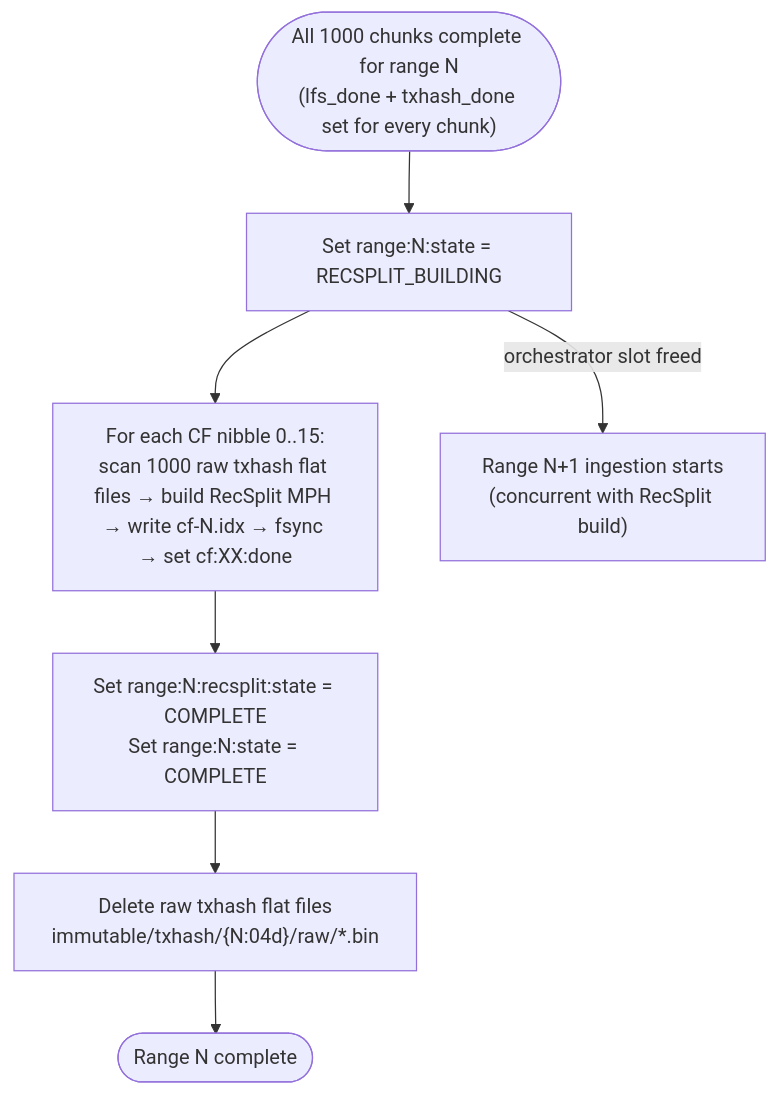
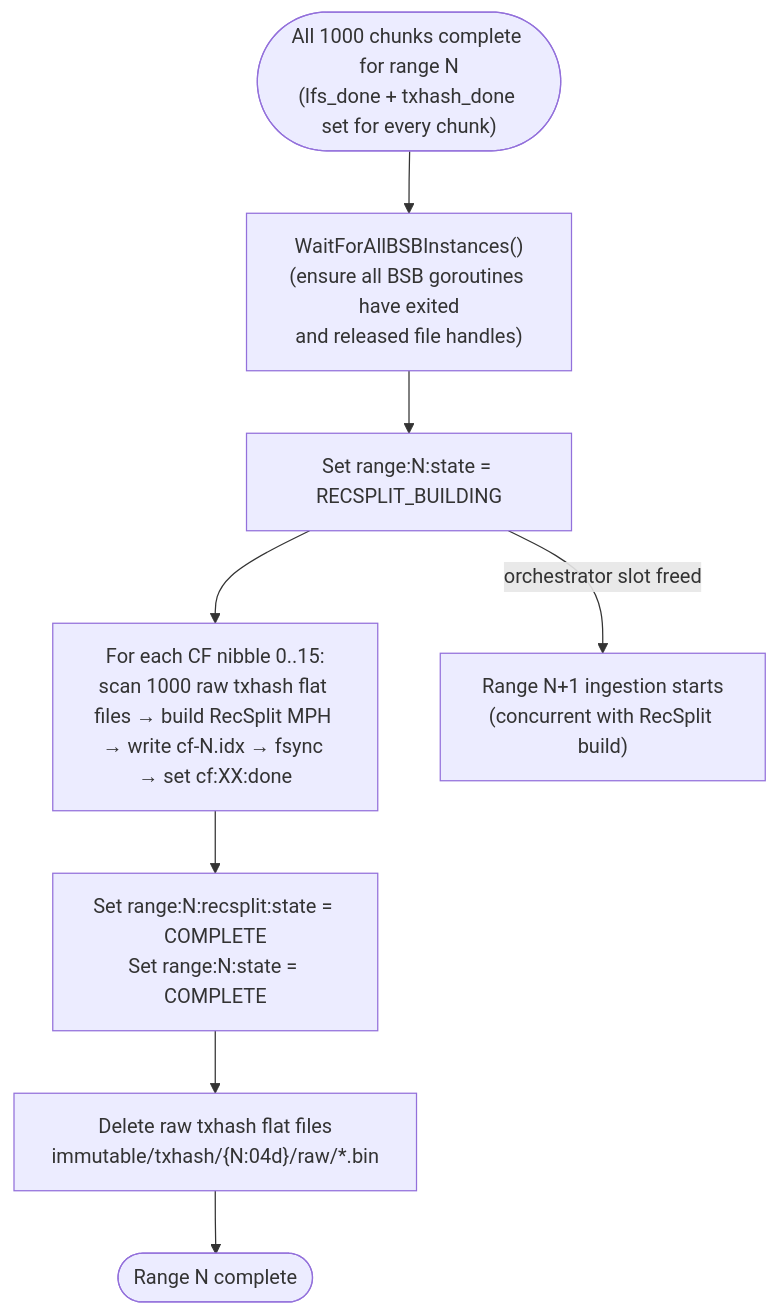
The fifth of 8 diagrams in design-docs-v2/01-architecture-overview.md (karthikiyer56/stellar-full-history-ingestion), drawn with Mermaid before and after one commit. The commit also changed other lines of this file and 8 other files, not shown here.

````diff
--- a/design-docs-v2/01-architecture-overview.md
+++ b/design-docs-v2/01-architecture-overview.md
@@ -194,10 +194,11 @@
 ```mermaid
 flowchart TD
-    DONE1000(["All 1000 chunks complete for range N<br/>(lfs_done + txhash_done set for every chunk)"]) --> SET_RS["Set range:N:state = RECSPLIT_BUILDING"]
+    DONE1000(["All 1000 chunks complete for range N<br/>(lfs_done + txhash_done set for every chunk)"]) --> BARRIER["WaitForAllBSBInstances()<br/>(ensure all BSB goroutines have exited<br/>and released file handles)"]
+    BARRIER --> SET_RS["Set range:N:state = RECSPLIT_BUILDING"]
     SET_RS --> BUILD_CFS["For each CF nibble 0..15:<br/>scan 1000 raw txhash flat files → build RecSplit MPH → write cf-N.idx → fsync → set cf:XX:done"]
     BUILD_CFS --> RS_COMPLETE["Set range:N:recsplit:state = COMPLETE<br/>Set range:N:state = COMPLETE"]
     RS_COMPLETE --> DELETE_RAW["Delete raw txhash flat files<br/>immutable/txhash/{N:04d}/raw/*.bin"]
     DELETE_RAW --> RANGE_DONE(["Range N complete"])
 
     SET_RS -->|"orchestrator slot freed"| INGEST_NEXT["Range N+1 ingestion starts<br/>(concurrent with RecSplit build)"]
 ```
````
